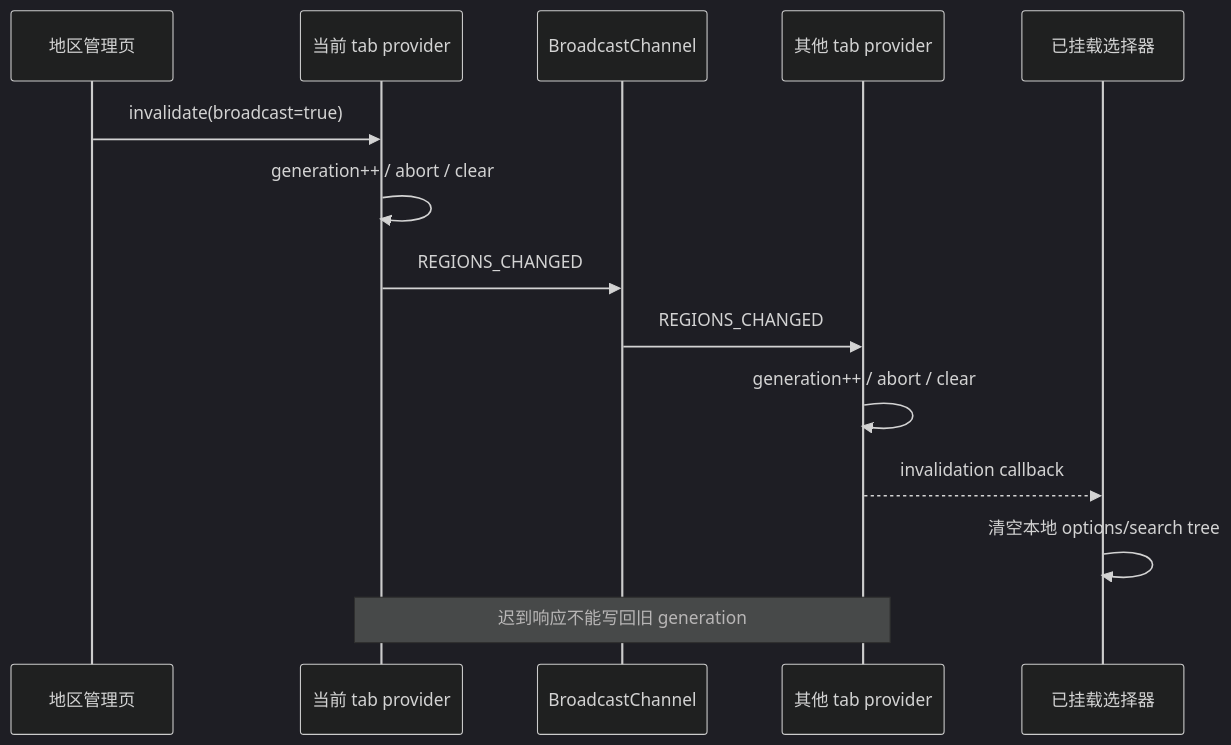
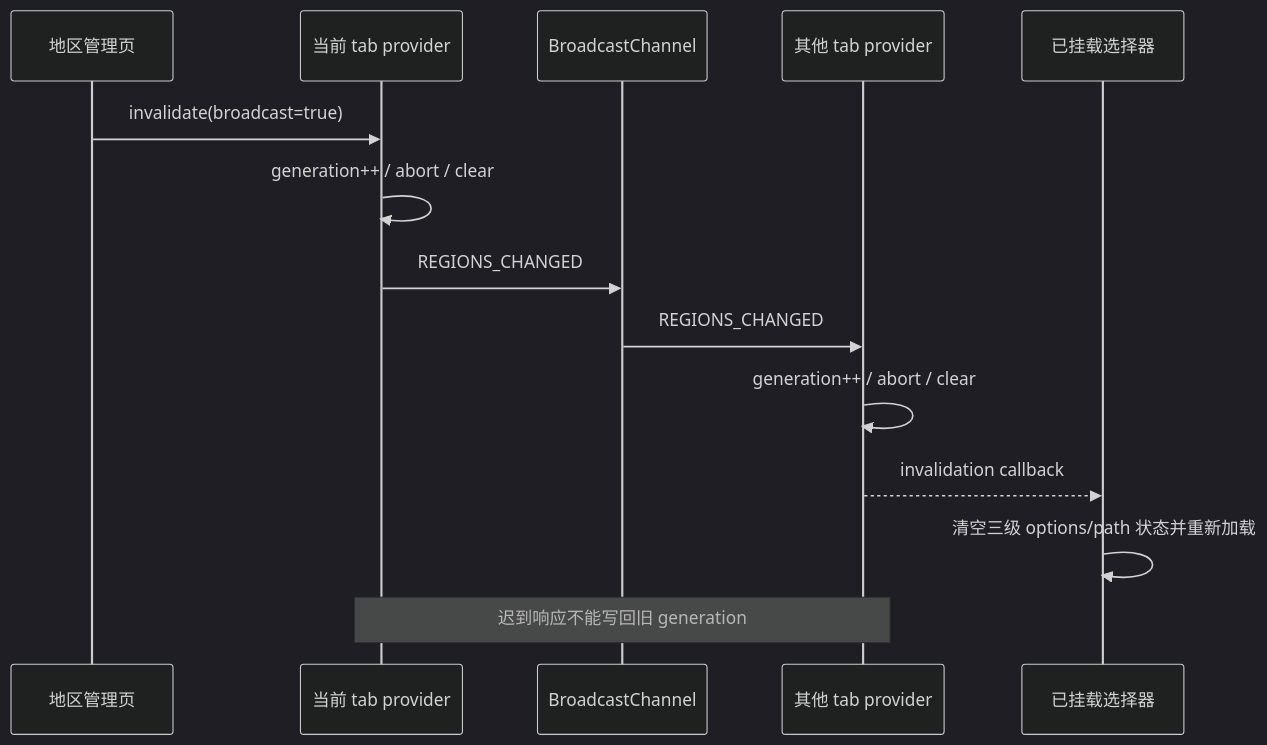
Before and after one commit to SilnoGM/QIANSHU-DMS: the second of 3 diagrams in specs/region-selector-management/design.md, drawn with Mermaid (dark theme). The commit also changed other lines of this file and 21 other files, not shown here.

````diff
--- a/specs/region-selector-management/design.md
+++ b/specs/region-selector-management/design.md
@@ -840,17 +885,17 @@
 ```mermaid
 sequenceDiagram
     participant Admin as 地区管理页
     participant Current as 当前 tab provider
     participant Channel as BroadcastChannel
     participant Other as 其他 tab provider
     participant Selector as 已挂载选择器
 
     Admin->>Current: invalidate(broadcast=true)
     Current->>Current: generation++ / abort / clear
     Current->>Channel: REGIONS_CHANGED
     Channel->>Other: REGIONS_CHANGED
     Other->>Other: generation++ / abort / clear
     Other-->>Selector: invalidation callback
-    Selector->>Selector: 清空本地 options/search tree
+    Selector->>Selector: 清空三级 options/path 状态并重新加载
     Note over Current,Other: 迟到响应不能写回旧 generation
 ```
````
